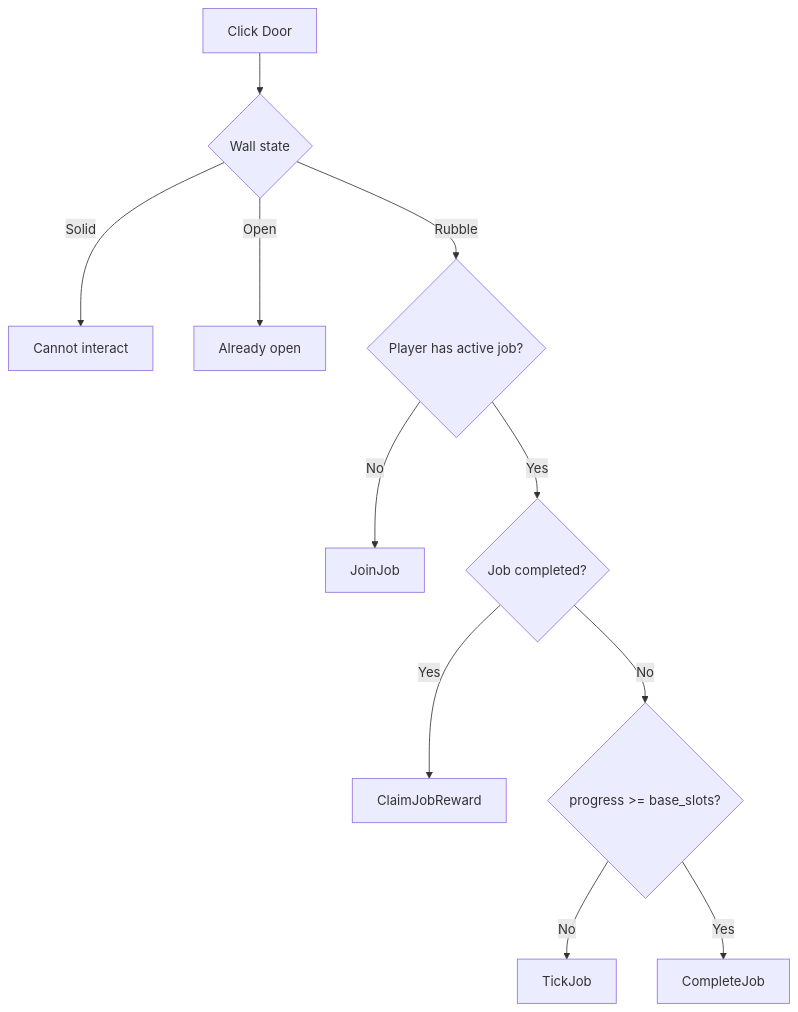
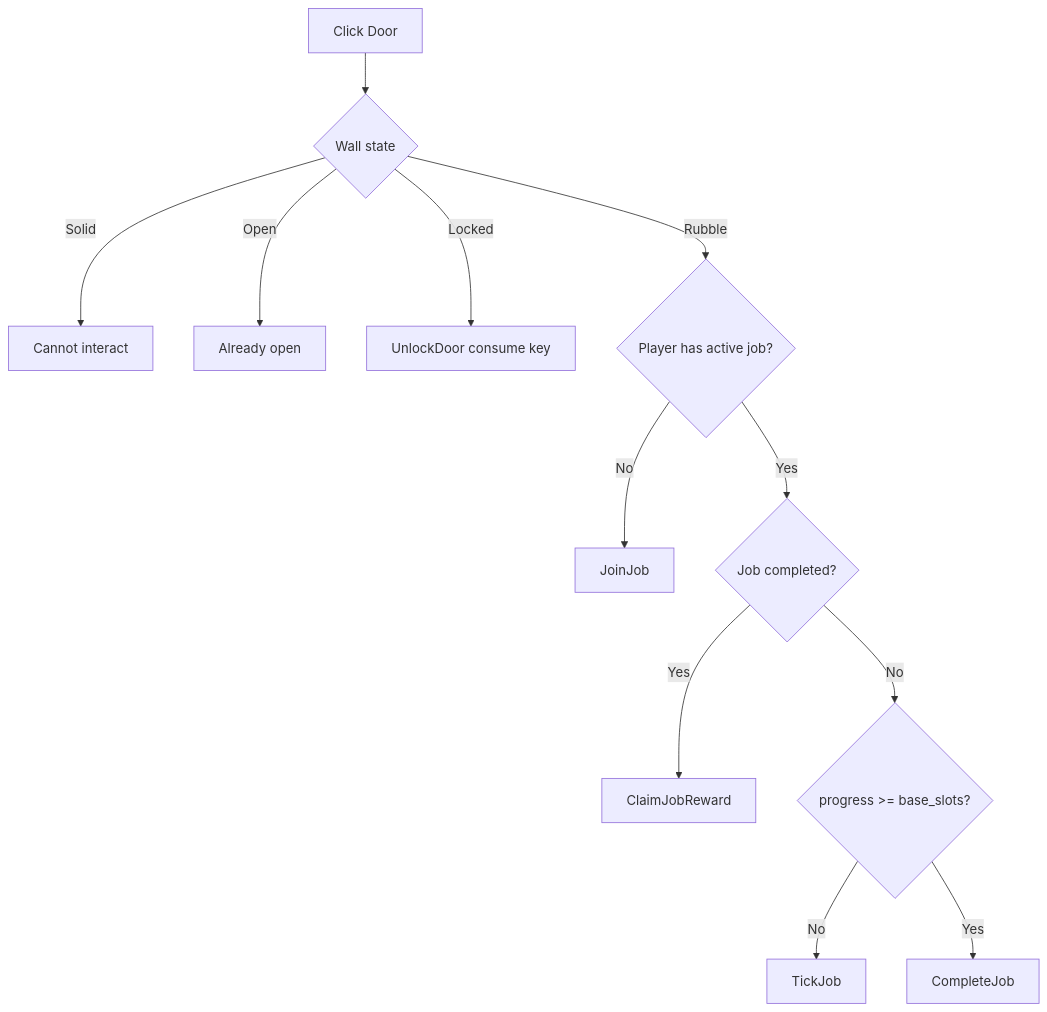
One commit to kimo-do/SeekerDungeon changed the first of 2 diagrams in Docs/current-game-state-and-logic.md. Above: the diagram before and after it, drawn with Mermaid. The commit also changed other lines of this file and 25 other files, not shown here.

````diff
--- a/Docs/current-game-state-and-logic.md
+++ b/Docs/current-game-state-and-logic.md
@@ -84,13 +91,14 @@
 ```mermaid
 flowchart TD
     A[Click Door] --> B{Wall state}
     B -->|Solid| C[Cannot interact]
     B -->|Open| D[Already open]
+    B -->|Locked| L[UnlockDoor consume key]
     B -->|Rubble| E{Player has active job?}
     E -->|No| F[JoinJob]
     E -->|Yes| G{Job completed?}
     G -->|Yes| H[ClaimJobReward]
     G -->|No| I{progress >= base_slots?}
     I -->|No| J[TickJob]
     I -->|Yes| K[CompleteJob]
 ```
````
